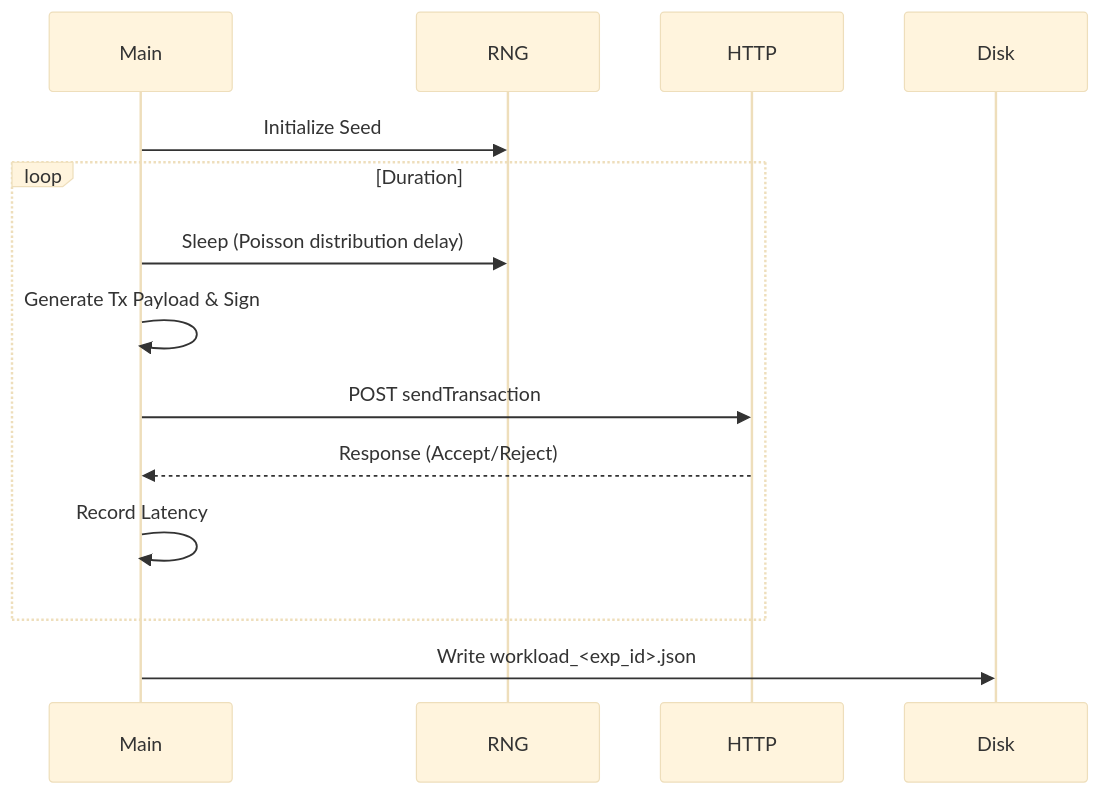
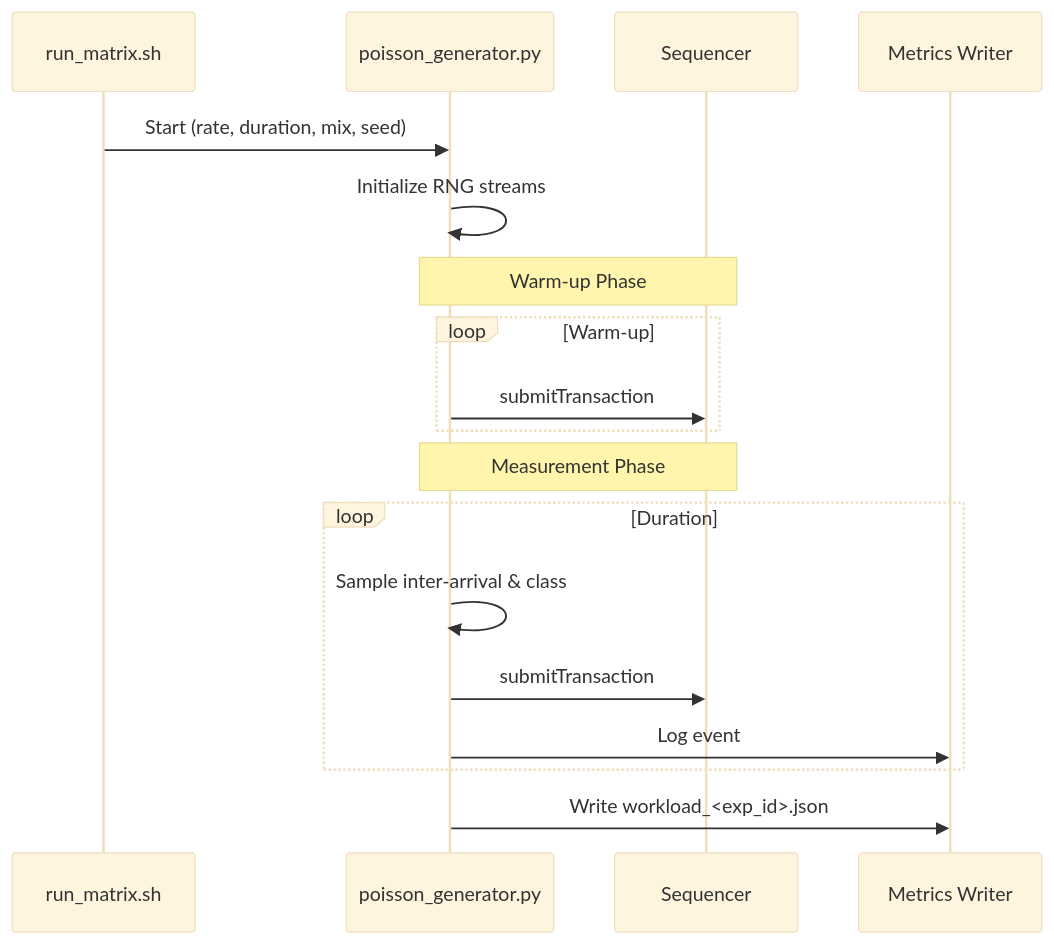
One commit to RollupX-FYP/rollupx-full-zk-rollup changed the second of 2 diagrams in docs/workload-generator.md. Above: the diagram before and after it, drawn with Mermaid (base theme). The commit also changed other lines of this file and 5 other files, not shown here.

````diff
--- a/docs/workload-generator.md
+++ b/docs/workload-generator.md
@@ -44,17 +69,24 @@
 ```mermaid
 sequenceDiagram
-    participant Main
-    participant RNG
-    participant HTTP
-    participant Disk
+    participant RM as run_matrix.sh
+    participant WG as poisson_generator.py
+    participant SQ as Sequencer
+    participant MW as Metrics Writer
 
-    Main->>RNG: Initialize Seed
+    RM->>WG: Start (rate, duration, mix, seed)
+    WG->>WG: Initialize RNG streams
+    
+    Note over WG,SQ: Warm-up Phase
+    loop Warm-up
+        WG->>SQ: submitTransaction
+    end
+
+    Note over WG,SQ: Measurement Phase
     loop Duration
-        Main->>RNG: Sleep (Poisson distribution delay)
-        Main->>Main: Generate Tx Payload & Sign
-        Main->>HTTP: POST sendTransaction
-        HTTP-->>Main: Response (Accept/Reject)
-        Main->>Main: Record Latency
+        WG->>WG: Sample inter-arrival & class
+        WG->>SQ: submitTransaction
+        WG->>MW: Log event
     end
-    Main->>Disk: Write workload_<exp_id>.json
+    
+    WG->>MW: Write workload_<exp_id>.json
 ```
````
